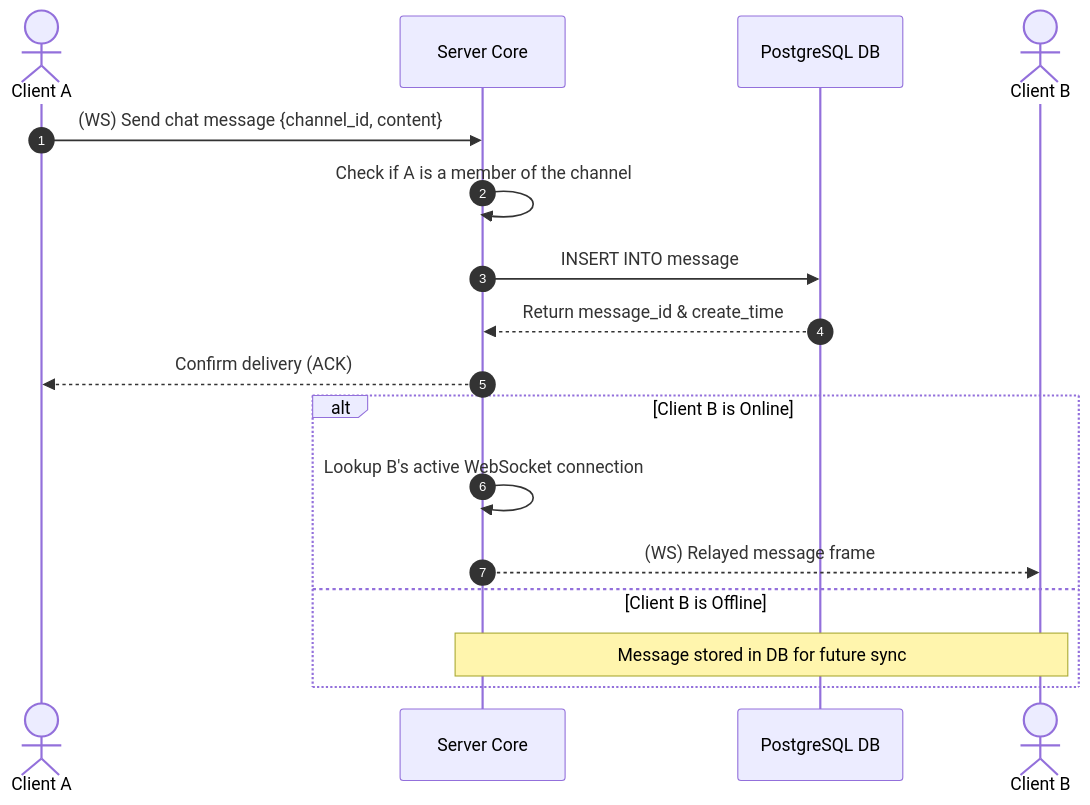
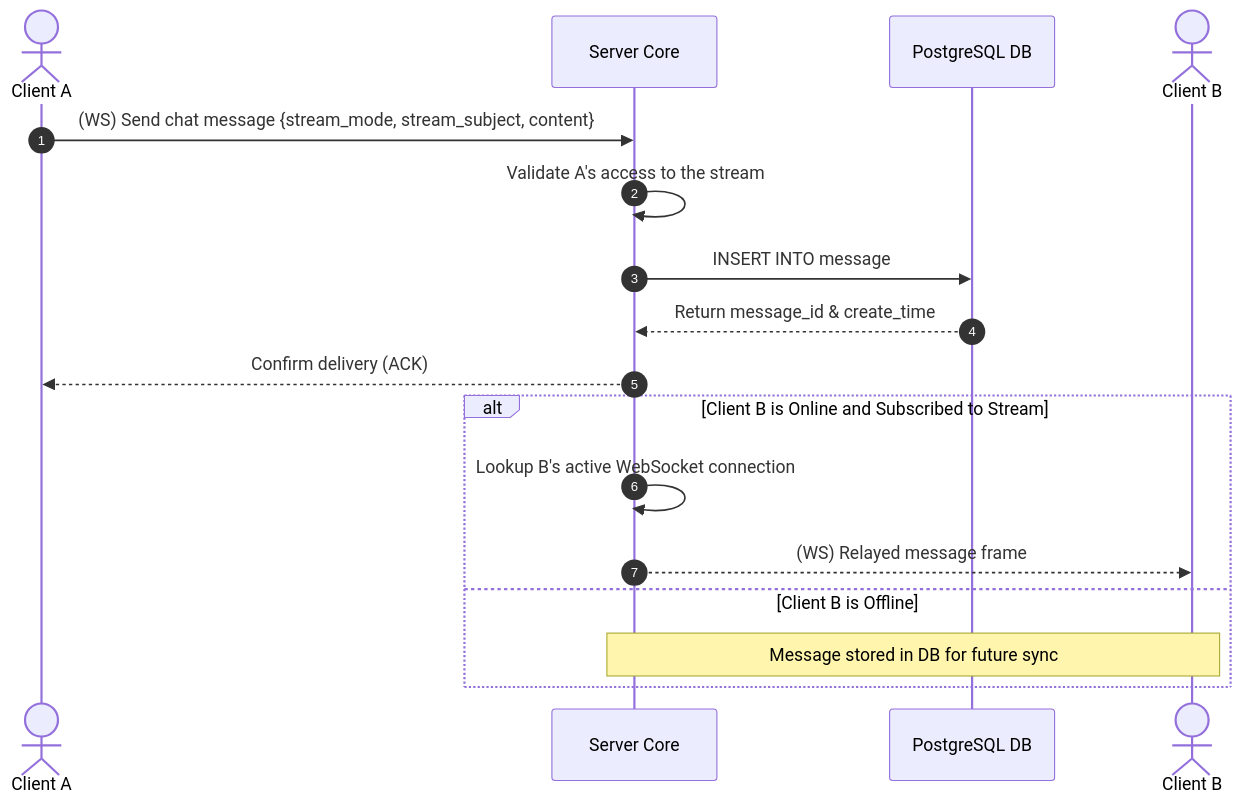
Before and after one commit to BornToBuildGame/documents: the diagram in TDD/10_chat_system.md, drawn with Mermaid. The commit also changed other lines of this file and 15 other files, not shown here.

Commit message:
- update database design + TDD + multi node architecture

````diff
--- a/TDD/10_chat_system.md
+++ b/TDD/10_chat_system.md
@@ -27,21 +27,21 @@
 ```mermaid
 sequenceDiagram
     autonumber
     actor A as Client A
     participant Server as Server Core
     participant DB as PostgreSQL DB
     actor B as Client B
 
-    A->>Server: (WS) Send chat message {channel_id, content}
-    Server->>Server: Check if A is a member of the channel
+    A->>Server: (WS) Send chat message {stream_mode, stream_subject, content}
+    Server->>Server: Validate A's access to the stream
     Server->>DB: INSERT INTO message
     DB-->>Server: Return message_id & create_time
     Server-->>A: Confirm delivery (ACK)
     
-    alt Client B is Online
+    alt Client B is Online and Subscribed to Stream
         Server->>Server: Lookup B's active WebSocket connection
         Server-->>B: (WS) Relayed message frame
     else Client B is Offline
         Note over Server, B: Message stored in DB for future sync
     end
 ```
````
